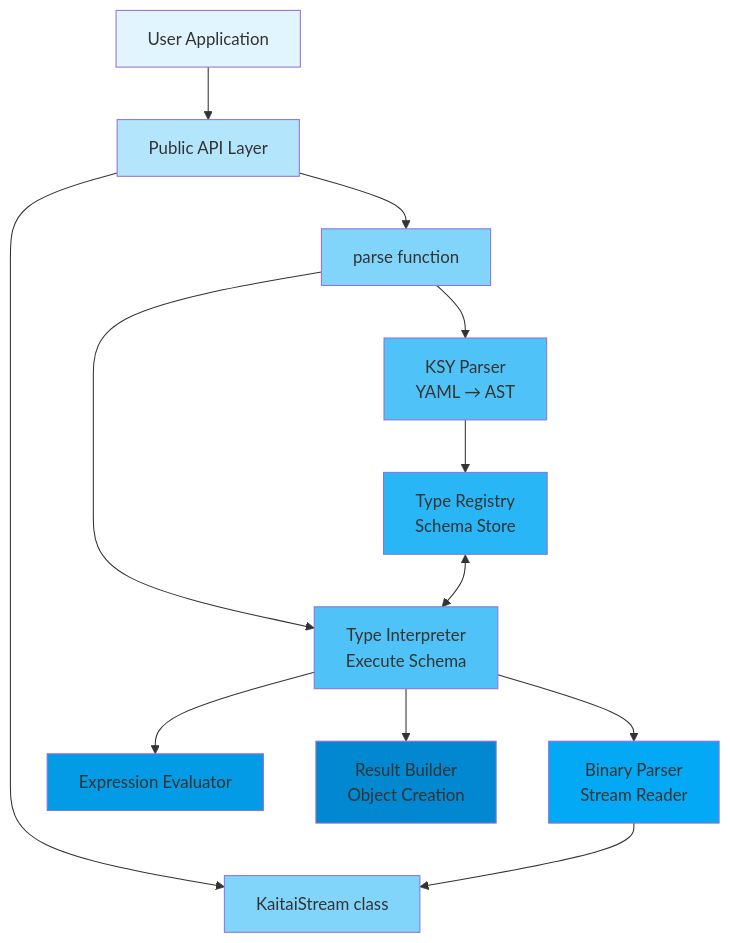
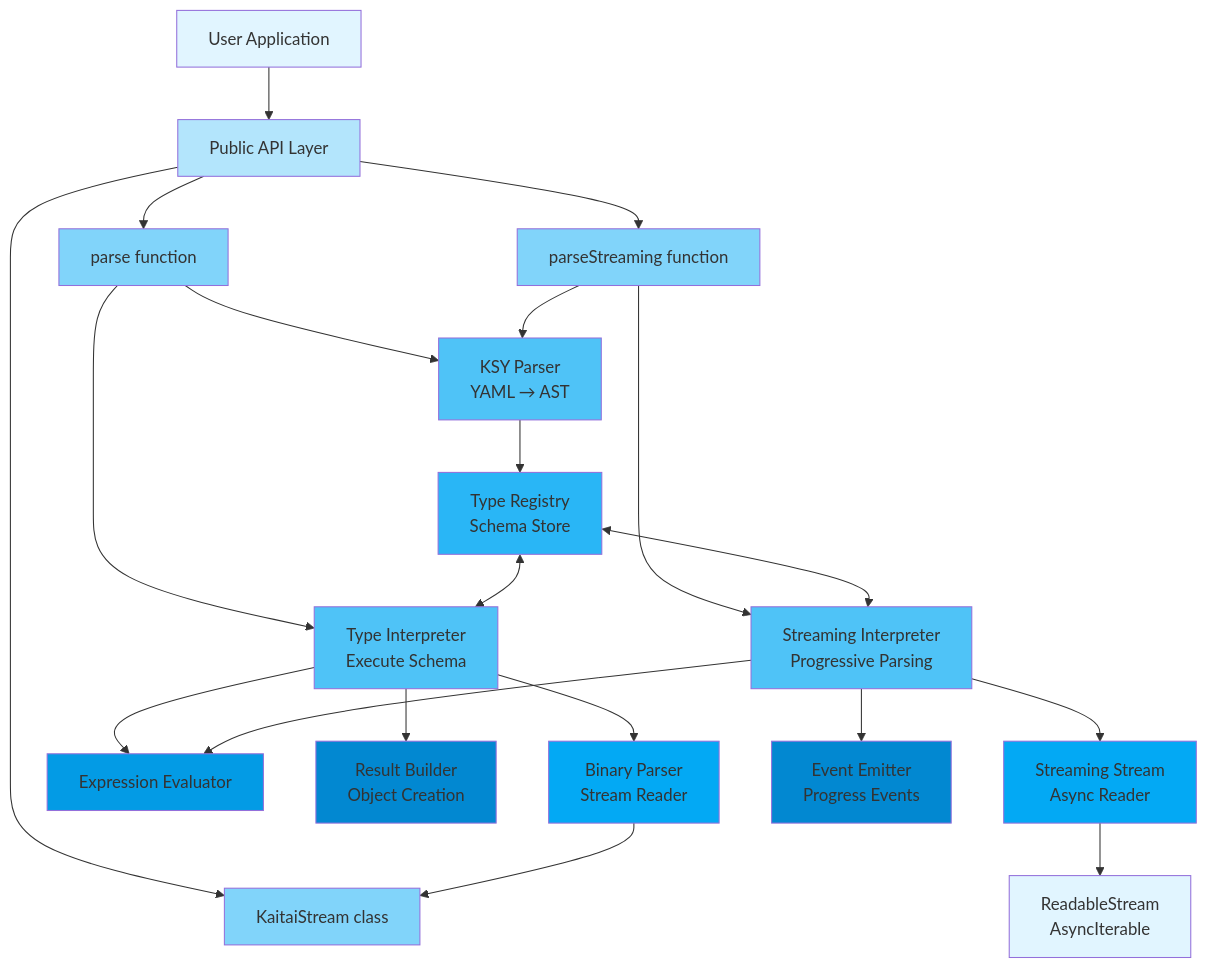
Before and after one commit to fabianopinto/kaitai-struct-ts: the first of 11 diagrams in docs/ARCHITECTURE.md, drawn with Mermaid. The commit also changed other lines of this file and 5 other files, not shown here.

First line of the commit message:
docs: add comprehensive API documentation and update architecture diagrams

````diff
--- a/docs/ARCHITECTURE.md
+++ b/docs/ARCHITECTURE.md
@@ -7,29 +7,43 @@
 ```mermaid
 graph TD
     A[User Application] --> B[Public API Layer]
     B --> C[parse function]
-    B --> D[KaitaiStream class]
+    B --> D[parseStreaming function]
+    B --> E[KaitaiStream class]
 
-    C --> E[KSY Parser<br/>YAML → AST]
-    C --> F[Type Interpreter<br/>Execute Schema]
+    C --> F[KSY Parser<br/>YAML → AST]
+    C --> G[Type Interpreter<br/>Execute Schema]
+    D --> F
+    D --> H[Streaming Interpreter<br/>Progressive Parsing]
 
-    E --> G[Type Registry<br/>Schema Store]
-    G <--> F
+    F --> I[Type Registry<br/>Schema Store]
+    I <--> G
+    I <--> H
 
-    F --> H[Binary Parser<br/>Stream Reader]
-    F --> I[Expression Evaluator]
-    F --> J[Result Builder<br/>Object Creation]
+    G --> J[Binary Parser<br/>Stream Reader]
+    G --> K[Expression Evaluator]
+    G --> L[Result Builder<br/>Object Creation]
 
-    H --> D
+    H --> M[Streaming Stream<br/>Async Reader]
+    H --> K
+    H --> N[Event Emitter<br/>Progress Events]
+
+    J --> E
+    M --> O[ReadableStream<br/>AsyncIterable]
 
     style A fill:#e1f5ff
     style B fill:#b3e5fc
     style C fill:#81d4fa
     style D fill:#81d4fa
-    style E fill:#4fc3f7
+    style E fill:#81d4fa
     style F fill:#4fc3f7
-    style G fill:#29b6f6
-    style H fill:#03a9f4
-    style I fill:#039be5
-    style J fill:#0288d1
+    style G fill:#4fc3f7
+    style H fill:#4fc3f7
+    style I fill:#29b6f6
+    style J fill:#03a9f4
+    style K fill:#039be5
+    style L fill:#0288d1
+    style M fill:#03a9f4
+    style N fill:#0288d1
+    style O fill:#e1f5ff
 ```
````
